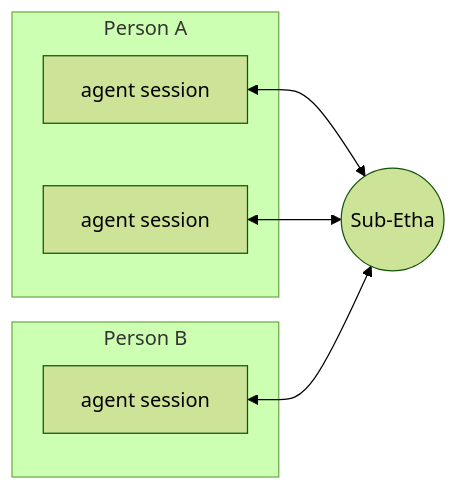
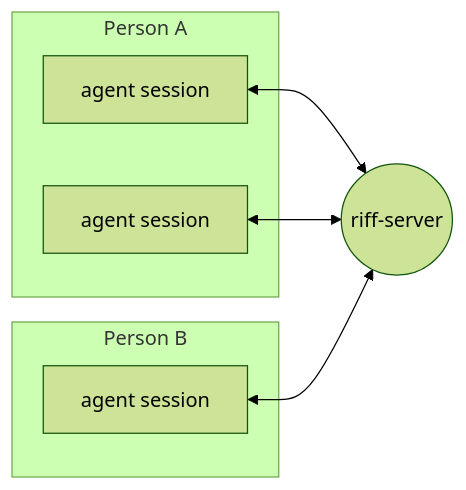
One commit to como-technologies/riff changed the diagram in docs/src/introduction.md. Above: the diagram before and after it, drawn with Mermaid (forest theme). The commit also changed other lines of this file and 15 other files, not shown here.

````diff
--- a/docs/src/introduction.md
+++ b/docs/src/introduction.md
@@ -6,13 +6,13 @@
 ```mermaid
 flowchart LR
     subgraph A["Person A"]
         A1[agent session]
         A2[agent session]
     end
     subgraph B["Person B"]
         B1[agent session]
     end
-    A1 <--> S(("Sub-Etha"))
+    A1 <--> S(("riff-server"))
     A2 <--> S
     B1 <--> S
 ```
````
